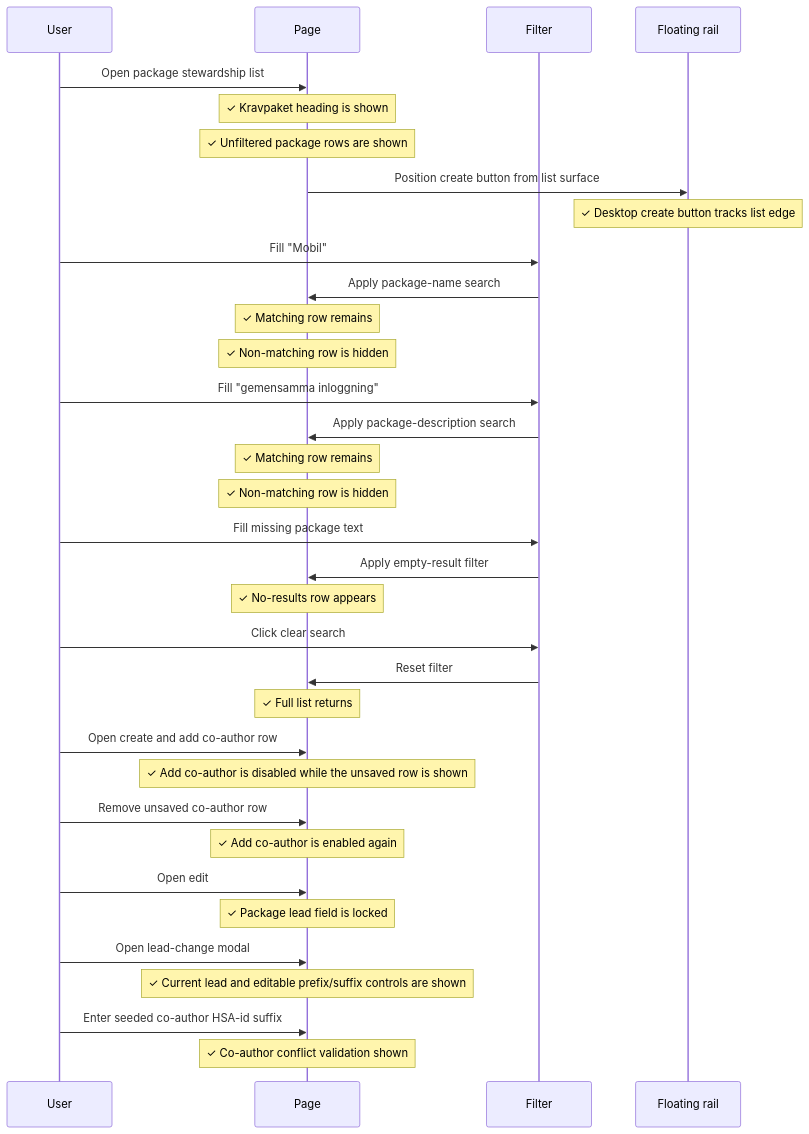
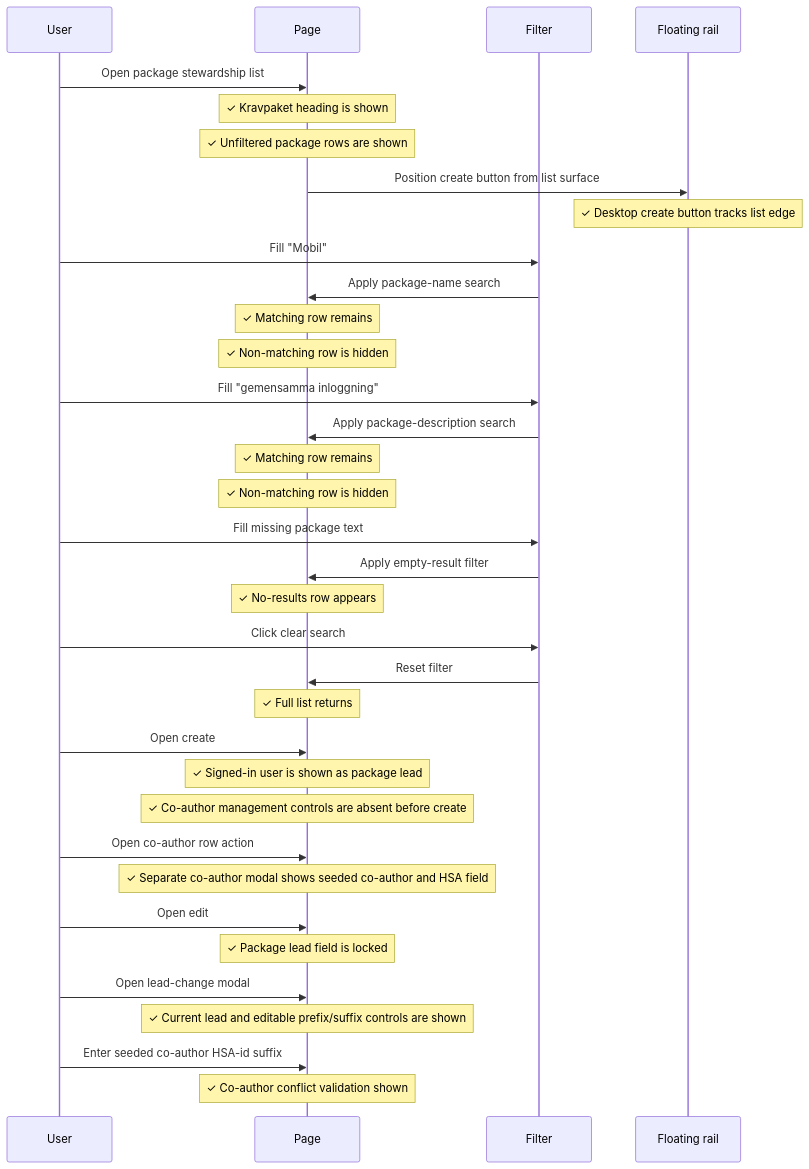
One commit to viscalyx/Kravhantering changed the second of 3 diagrams in tests/integration/requirement-packages-list.md. Above: the diagram before and after it, drawn with Mermaid. The commit also changed other lines of this file and 10 other files, not shown here.

Commit message:
feat: enhance co-author management across specifications and requirement packages

````diff
--- a/tests/integration/requirement-packages-list.md
+++ b/tests/integration/requirement-packages-list.md
@@ -93,37 +99,38 @@
 ```mermaid
 sequenceDiagram
     participant U as User
     participant P as Page
     participant F as Filter
     participant R as Floating rail
 
     U->>P: Open package stewardship list
     Note over P: ✓ Kravpaket heading is shown
     Note over P: ✓ Unfiltered package rows are shown
     P->>R: Position create button from list surface
     Note over R: ✓ Desktop create button tracks list edge
     U->>F: Fill "Mobil"
     F->>P: Apply package-name search
     Note over P: ✓ Matching row remains
     Note over P: ✓ Non-matching row is hidden
     U->>F: Fill "gemensamma inloggning"
     F->>P: Apply package-description search
     Note over P: ✓ Matching row remains
     Note over P: ✓ Non-matching row is hidden
     U->>F: Fill missing package text
     F->>P: Apply empty-result filter
     Note over P: ✓ No-results row appears
     U->>F: Click clear search
     F->>P: Reset filter
     Note over P: ✓ Full list returns
-    U->>P: Open create and add co-author row
-    Note over P: ✓ Add co-author is disabled while the unsaved row is shown
-    U->>P: Remove unsaved co-author row
-    Note over P: ✓ Add co-author is enabled again
+    U->>P: Open create
+    Note over P: ✓ Signed-in user is shown as package lead
+    Note over P: ✓ Co-author management controls are absent before create
+    U->>P: Open co-author row action
+    Note over P: ✓ Separate co-author modal shows seeded co-author and HSA field
     U->>P: Open edit
     Note over P: ✓ Package lead field is locked
     U->>P: Open lead-change modal
     Note over P: ✓ Current lead and editable prefix/suffix controls are shown
     U->>P: Enter seeded co-author HSA-id suffix
     Note over P: ✓ Co-author conflict validation shown
 ```
````
